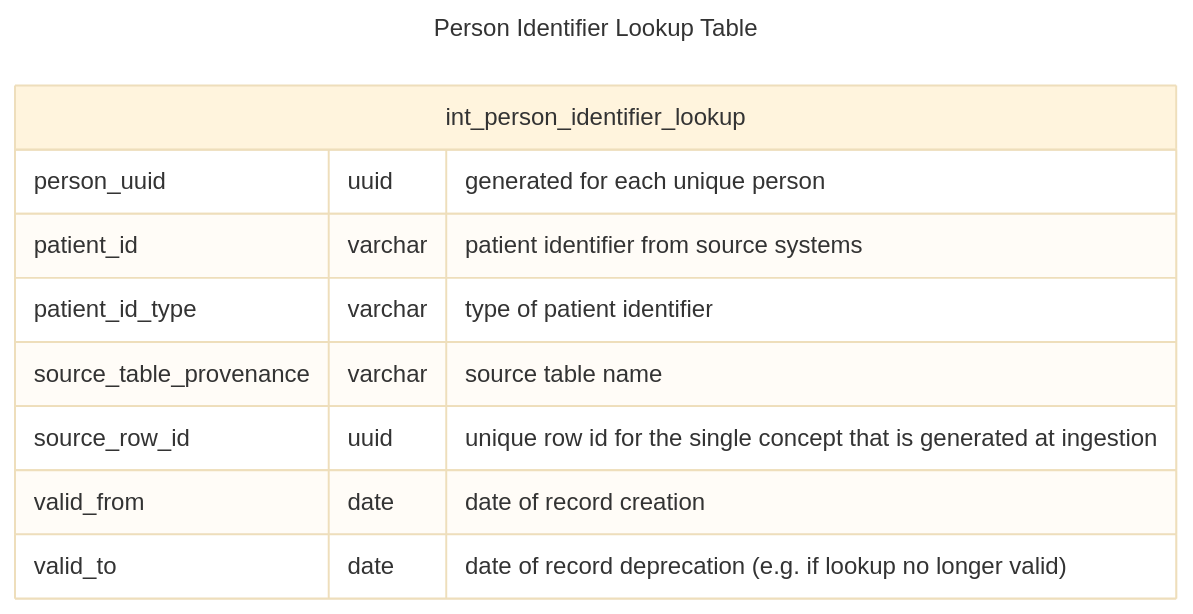
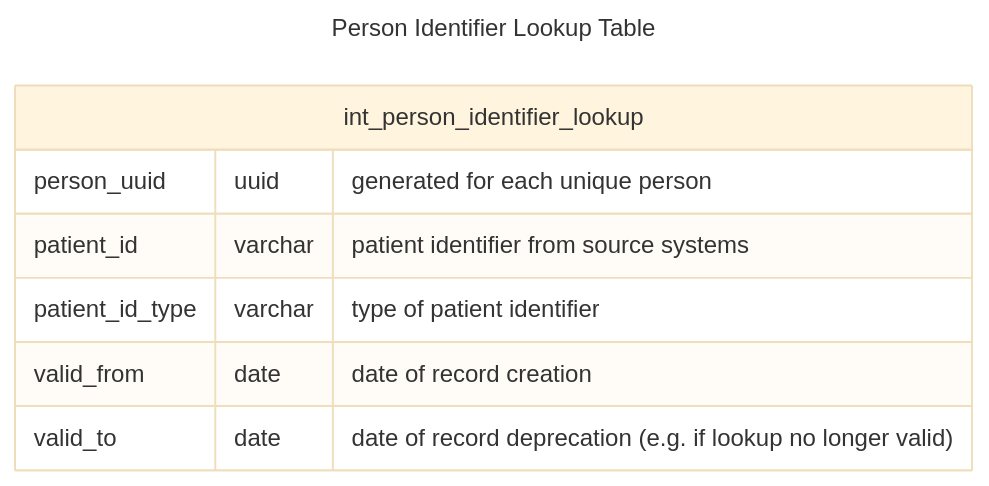
Before and after one commit to d3london/sde_aic_external_docs: the first of 5 diagrams in src/pages/data_model/cdm_person.qmd, drawn with Mermaid (base theme). The commit also changed other lines of this file and 1 other file, not shown here.

````diff
--- a/src/pages/data_model/cdm_person.qmd
+++ b/src/pages/data_model/cdm_person.qmd
@@ -25,15 +25,13 @@
 ```{mermaid}
 ---
 title: Person Identifier Lookup Table
 ---
 erDiagram
     int_person_identifier_lookup {
         person_uuid uuid "generated for each unique person"
         patient_id varchar "patient identifier from source systems"
         patient_id_type varchar "type of patient identifier"
-        source_table_provenance varchar "source table name"
-        source_row_id uuid "unique row id for the single concept that is generated at ingestion"
         valid_from date "date of record creation"
         valid_to date "date of record deprecation (e.g. if lookup no longer valid)"
     }
 ```
````
